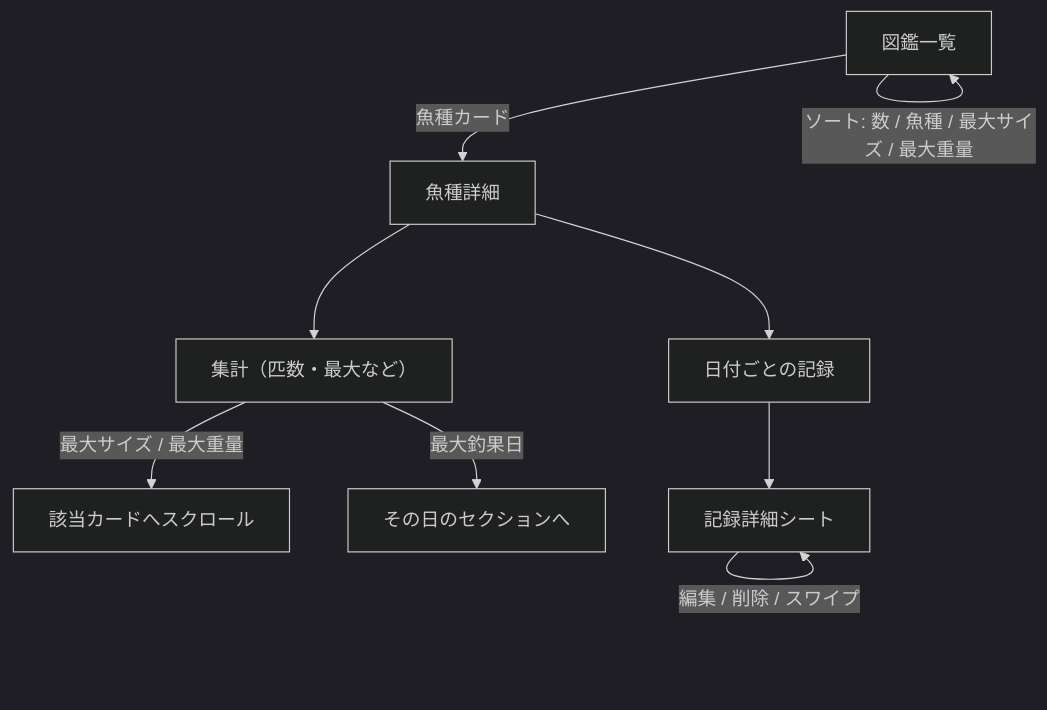
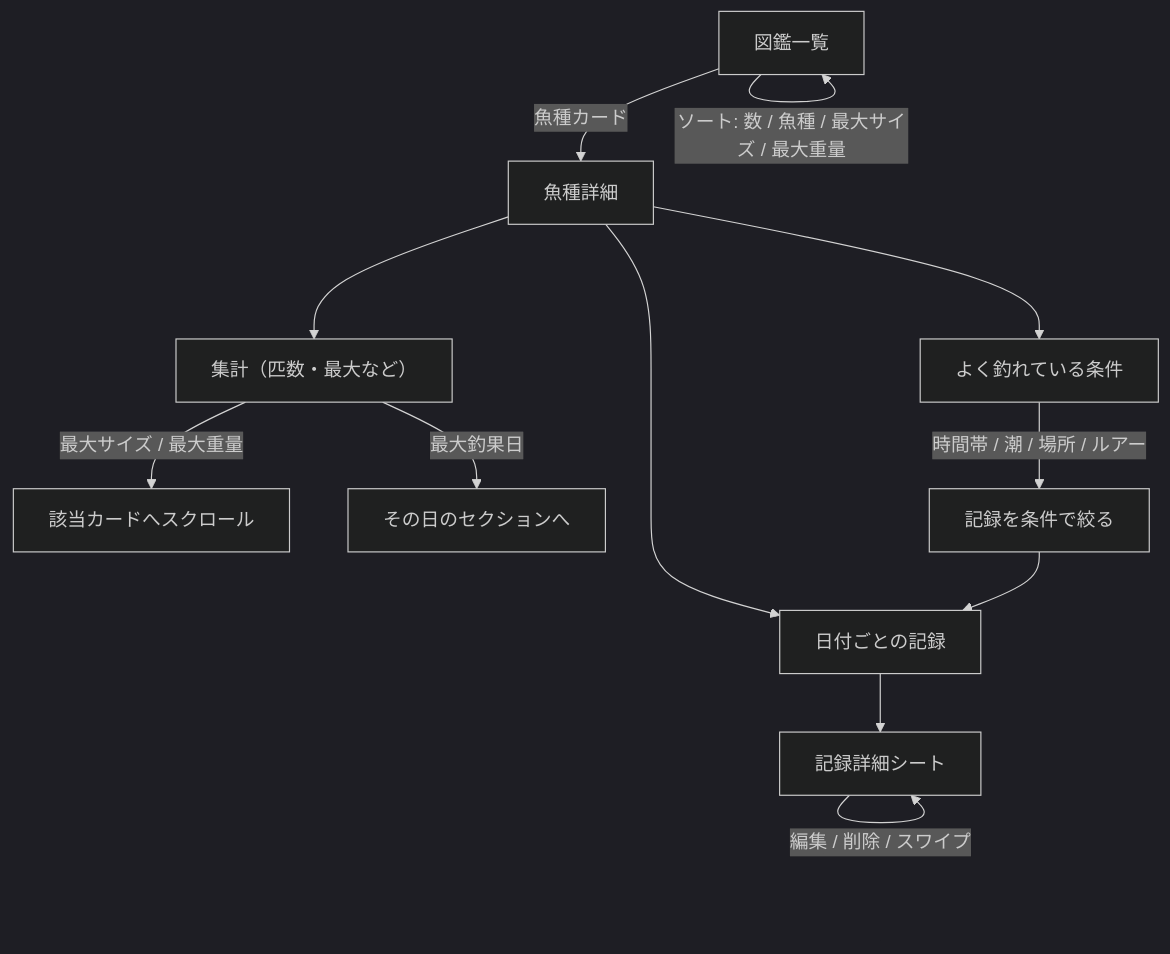
Before and after one commit to honeston/fissingplotter: the fifth of 8 diagrams in docs/screens/design/mypage.md, drawn with Mermaid (dark theme). The commit also changed other lines of this file and 12 other files, not shown here.

````diff
--- a/docs/screens/design/mypage.md
+++ b/docs/screens/design/mypage.md
@@ -96,12 +98,15 @@
 ```mermaid
 flowchart TD
   list["図鑑一覧"] -->|"検索: 魚種名・別名"| list
   list -->|"ソート: 数 / 魚種 / 最大サイズ / 最大重量"| list
   list -->|"魚種カード"| detail["魚種詳細"]
   detail --> stats["集計（匹数・最大など）"]
+  detail --> pattern["よく釣れている条件"]
   detail --> days["日付ごとの記録"]
   stats -->|"最大サイズ / 最大重量"| scrollRec["該当カードへスクロール"]
   stats -->|"最大釣果日"| scrollDay["その日のセクションへ"]
+  pattern -->|"時間帯 / 潮 / 場所 / ルアー"| filter["記録を条件で絞る"]
+  filter --> days
   days --> sheet["記録詳細シート"]
   sheet -->|"編集 / 削除 / スワイプ"| sheet
 ```
````
